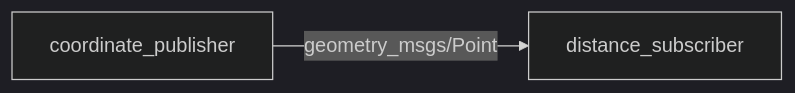
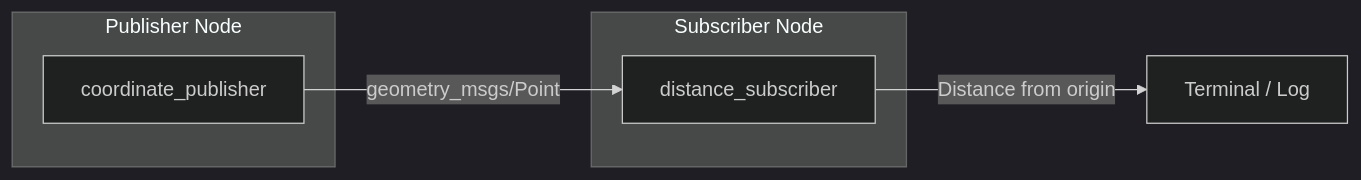
Before and after one commit to szgeri28/sza_xui_kordinata: the diagram in README.md, drawn with Mermaid (dark theme). The commit also changed other lines of this file and 1 other file, not shown here.

Commit message:
Added mermaid diagramm

````diff
--- a/README.md
+++ b/README.md
@@ -58,4 +58,14 @@
 ```mermaid
 graph LR
+    subgraph Publisher Node
+        coordinate_publisher["coordinate_publisher"]
+    end
+
+    subgraph Subscriber Node
+        distance_subscriber["distance_subscriber"]
+    end
+
     coordinate_publisher -->|geometry_msgs/Point| distance_subscriber
+    distance_subscriber -->|Distance from origin| Terminal["Terminal / Log"]
+
 ```
````
